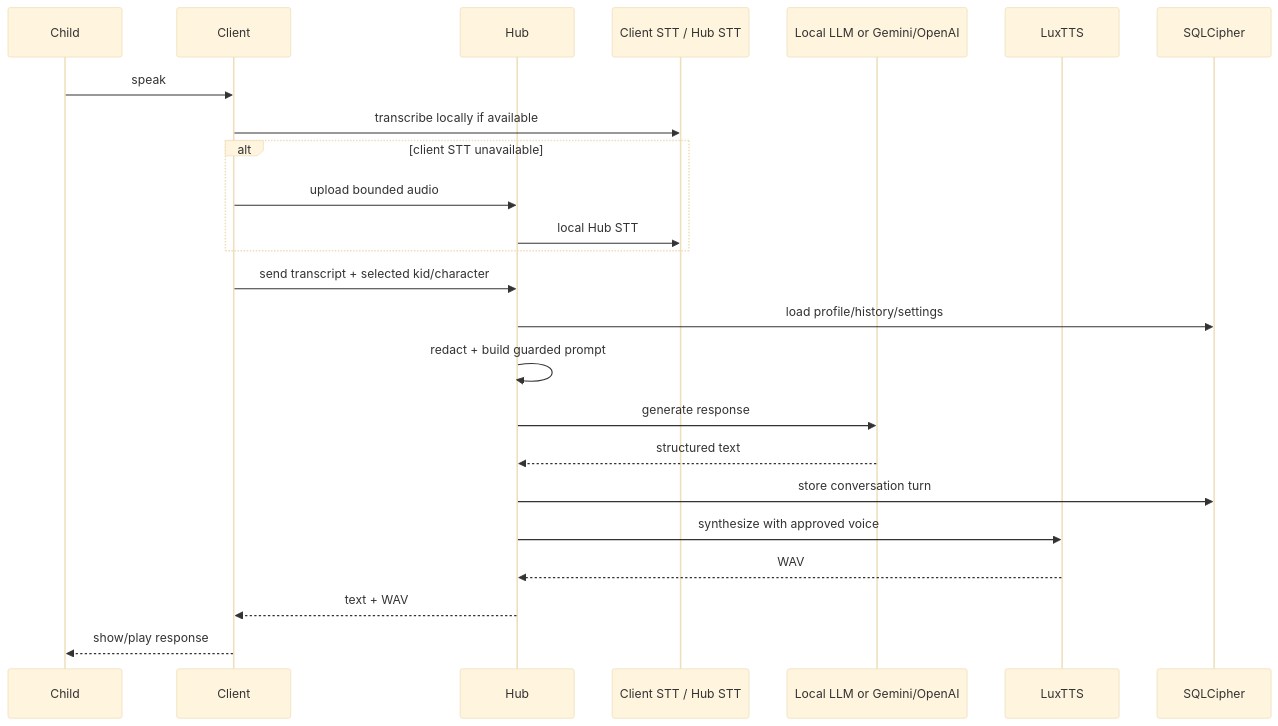
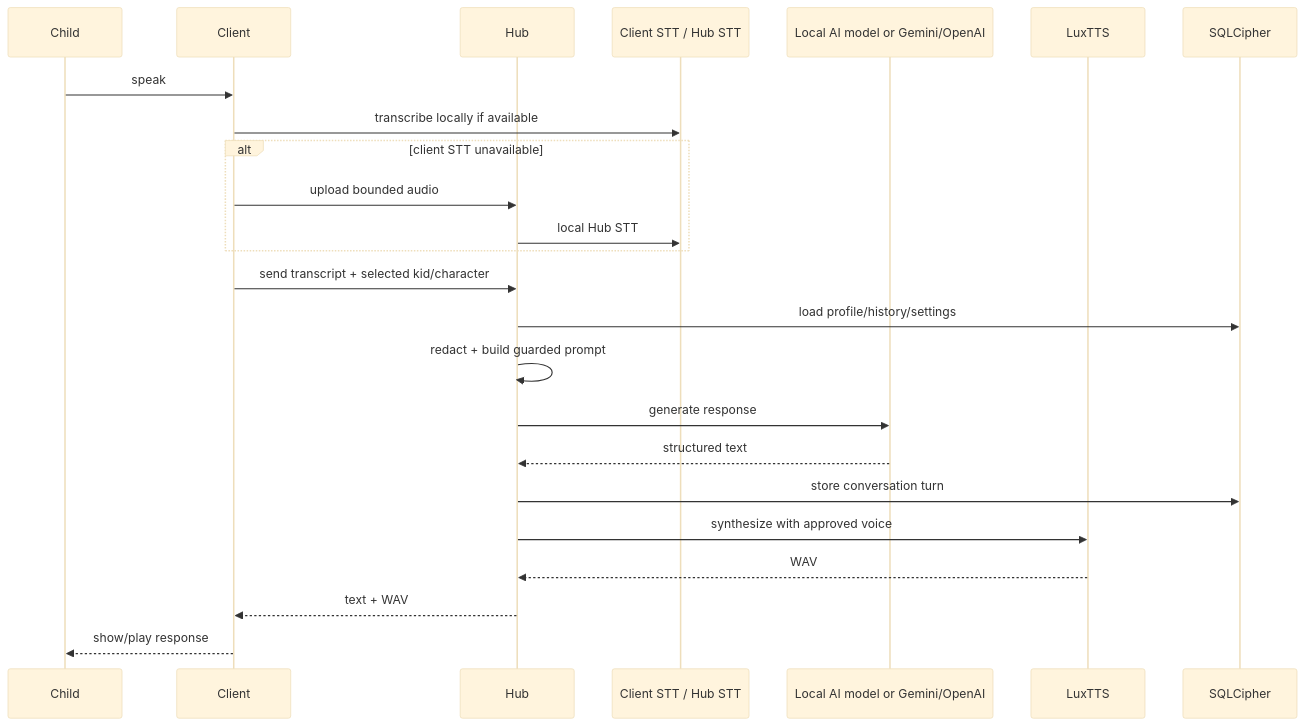
One commit to palwe-prafulla/plushpal changed the fourth of 4 diagrams in docs/architecture/SYSTEM_DESIGN.md. Above: the diagram before and after it, drawn with Mermaid (base theme). The commit also changed other lines of this file and 103 other files, not shown here.

````diff
--- a/docs/architecture/SYSTEM_DESIGN.md
+++ b/docs/architecture/SYSTEM_DESIGN.md
@@ -418,27 +463,27 @@
 ```mermaid
 sequenceDiagram
     participant Child
     participant Client
     participant Hub
     participant STT as Client STT / Hub STT
-    participant Reason as Local LLM or Gemini/OpenAI
+    participant Reason as Local AI model or Gemini/OpenAI
     participant Lux as LuxTTS
     participant DB as SQLCipher
 
     Child->>Client: speak
     Client->>STT: transcribe locally if available
     alt client STT unavailable
         Client->>Hub: upload bounded audio
         Hub->>STT: local Hub STT
     end
     Client->>Hub: send transcript + selected kid/character
     Hub->>DB: load profile/history/settings
     Hub->>Hub: redact + build guarded prompt
     Hub->>Reason: generate response
     Reason-->>Hub: structured text
     Hub->>DB: store conversation turn
     Hub->>Lux: synthesize with approved voice
     Lux-->>Hub: WAV
     Hub-->>Client: text + WAV
     Client-->>Child: show/play response
 ```
````
